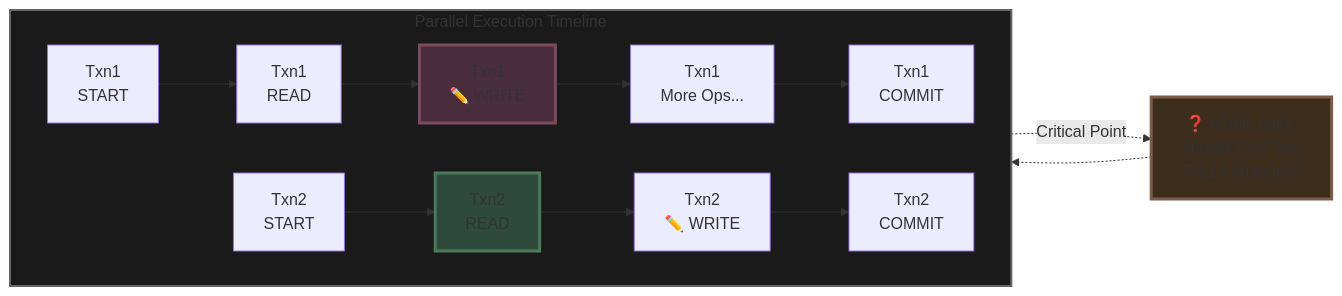
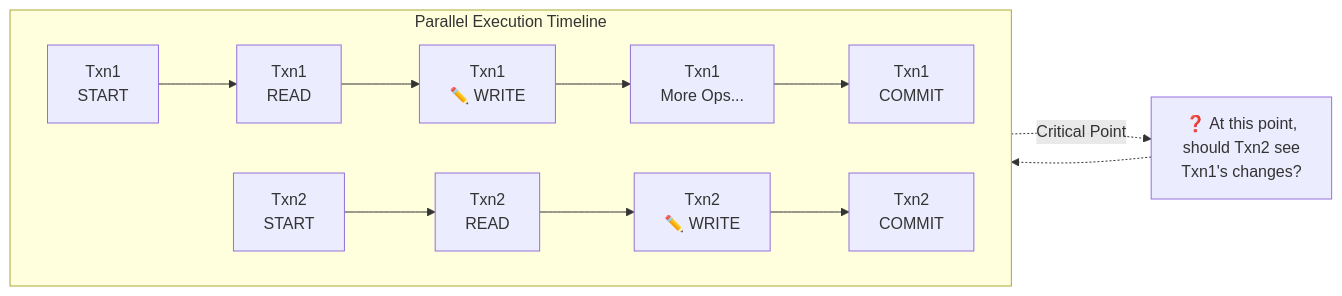
The sixth of 9 diagrams in system design beginner/55. Relational Databases.md (Yash-Kavaiya/The-System-Design-Masterclass), drawn with Mermaid before and after one commit. The commit also changed other lines of this file, not shown here.

````diff
--- a/system design beginner/55. Relational Databases.md
+++ b/system design beginner/55. Relational Databases.md
@@ -239,25 +215,21 @@
 ```mermaid
 graph LR
     subgraph Timeline["Parallel Execution Timeline"]
         direction LR
         
         T1_START["Txn1<br/>START"] --> T1_READ["Txn1<br/>READ"]
         T1_READ --> T1_WRITE["Txn1<br/>✏️ WRITE"]
         T1_WRITE --> T1_MORE["Txn1<br/>More Ops..."]
         T1_MORE --> T1_COMMIT["Txn1<br/>COMMIT"]
         
         T2_START["Txn2<br/>START"] --> T2_READ["Txn2<br/>READ"]
         T2_READ --> T2_WRITE["Txn2<br/>✏️ WRITE"]
         T2_WRITE --> T2_COMMIT["Txn2<br/>COMMIT"]
     end
     
     CRITICAL["❓ At this point,<br/>should Txn2 see<br/>Txn1's changes?"]
     
     T1_WRITE -.->|Critical Point| CRITICAL
     CRITICAL -.-> T2_READ
     
-    style T1_WRITE fill:#4a2d3c,stroke:#7c4a5c,stroke-width:3px
-    style T2_READ fill:#2d4a3c,stroke:#4a7c5c,stroke-width:3px
-    style CRITICAL fill:#3d2d1c,stroke:#7c5d4a,stroke-width:3px
-    style Timeline fill:#1a1a1a,stroke:#666,stroke-width:2px
 ```
````
